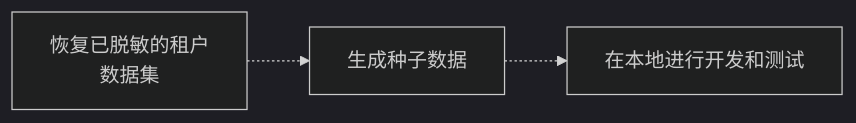
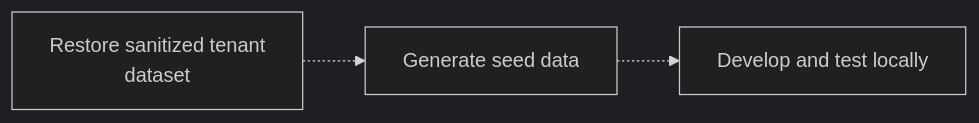
One commit to coderabbit-demo/clickhouse-demo changed the second of 2 diagrams in docs/zh/products/managed-postgres/local-development.mdx. Above: the diagram before and after it, drawn with Mermaid (dark theme). The commit also changed other lines of this file and 10230 other files, not shown here.

````diff
--- a/docs/zh/products/managed-postgres/local-development.mdx
+++ b/docs/zh/products/managed-postgres/local-development.mdx
@@ -34,4 +34,4 @@
 ```mermaid
 graph LR
-    A[恢复已脱敏的租户<br/>数据集] -.-> B[生成种子数据] -.-> C[在本地进行开发和测试]
+    A[Restore sanitized tenant<br/>dataset] -.-> B[Generate seed data] -.-> C[Develop and test locally]
 ```
````
